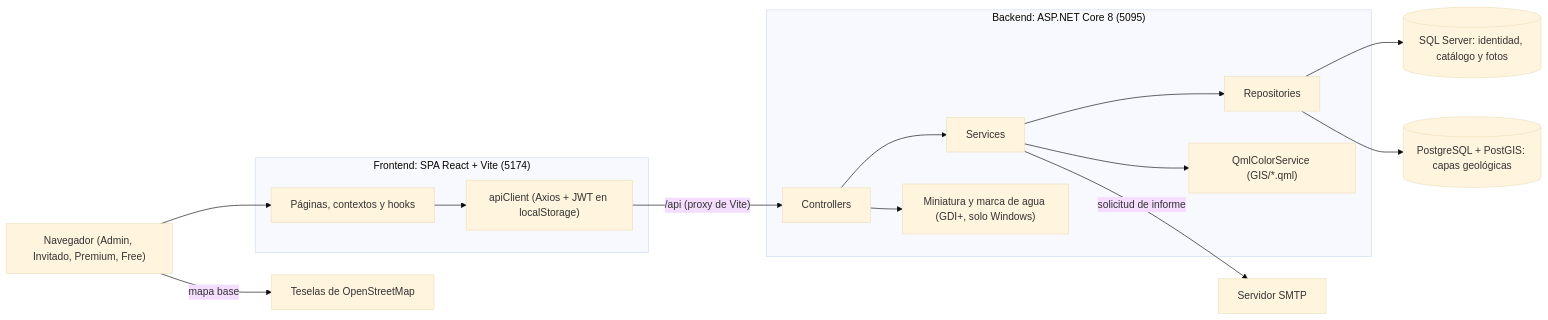
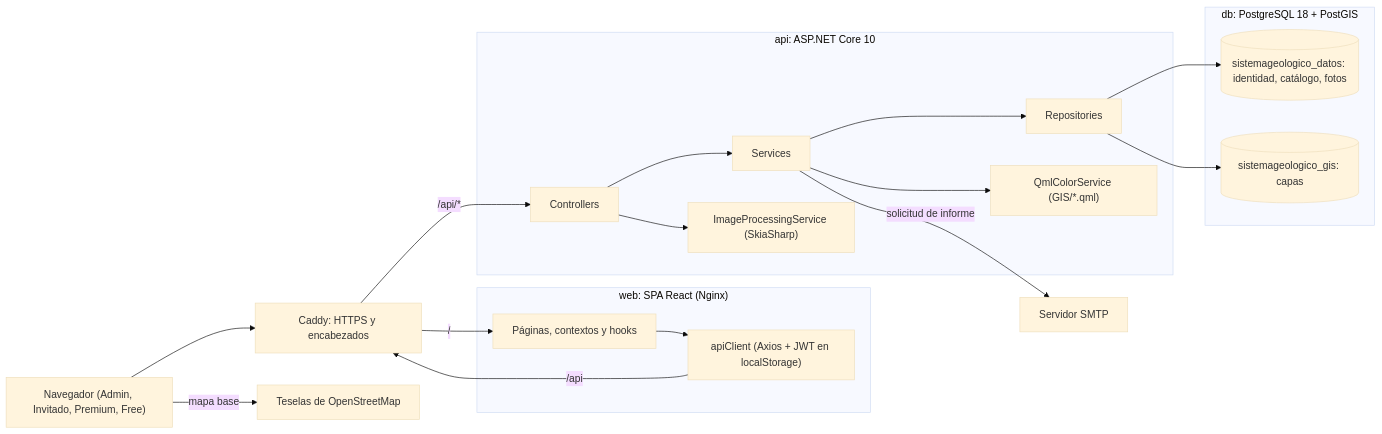
Before and after one commit to M147D/sistema-geologico-epn: the diagram in docs/diagramas/vista-general.md, drawn with Mermaid (base theme). The commit also changed other lines of this file and 14 other files, not shown here.

````diff
--- a/docs/diagramas/vista-general.md
+++ b/docs/diagramas/vista-general.md
@@ -14,29 +14,35 @@
 ```mermaid
 flowchart LR
   U["Navegador (Admin, Invitado, Premium, Free)"]
-  subgraph Front["Frontend: SPA React + Vite (5174)"]
+  Caddy["Caddy: HTTPS y encabezados"]
+  subgraph Front["web: SPA React (Nginx)"]
     SPA["Páginas, contextos y hooks"]
     AX["apiClient (Axios + JWT en localStorage)"]
   end
-  subgraph Back["Backend: ASP.NET Core 8 (5095)"]
+  subgraph Back["api: ASP.NET Core 10"]
     CTRL["Controllers"]
     SRV["Services"]
     REPO["Repositories"]
-    IMG["Miniatura y marca de agua (GDI+, solo Windows)"]
+    IMG["ImageProcessingService (SkiaSharp)"]
     QML["QmlColorService (GIS/*.qml)"]
   end
-  SQL[("SQL Server: identidad, catálogo y fotos")]
-  PG[("PostgreSQL + PostGIS: capas geológicas")]
+  subgraph PG["db: PostgreSQL 18 + PostGIS"]
+    D1[("sistemageologico_datos: identidad, catálogo, fotos")]
+    D2[("sistemageologico_gis: capas")]
+  end
   SMTP["Servidor SMTP"]
   OSM["Teselas de OpenStreetMap"]
 
-  U --> SPA --> AX
-  AX -- "/api (proxy de Vite)" --> CTRL
+  U --> Caddy
+  Caddy -- "/" --> SPA
+  SPA --> AX
+  AX -- "/api" --> Caddy
+  Caddy -- "/api/*" --> CTRL
   CTRL --> SRV --> REPO
   CTRL --> IMG
   SRV --> QML
-  REPO --> SQL
-  REPO --> PG
+  REPO --> D1
+  REPO --> D2
   SRV -- "solicitud de informe" --> SMTP
   U -- "mapa base" --> OSM
 ```
````
